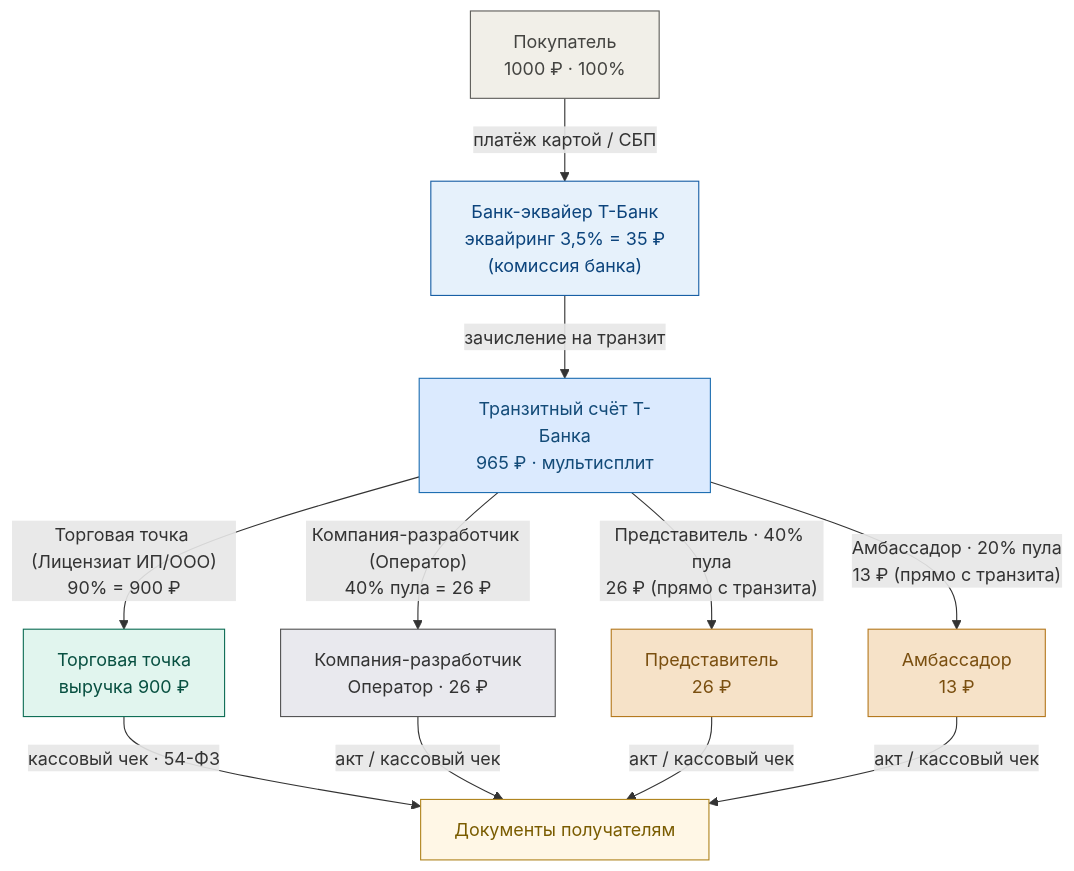
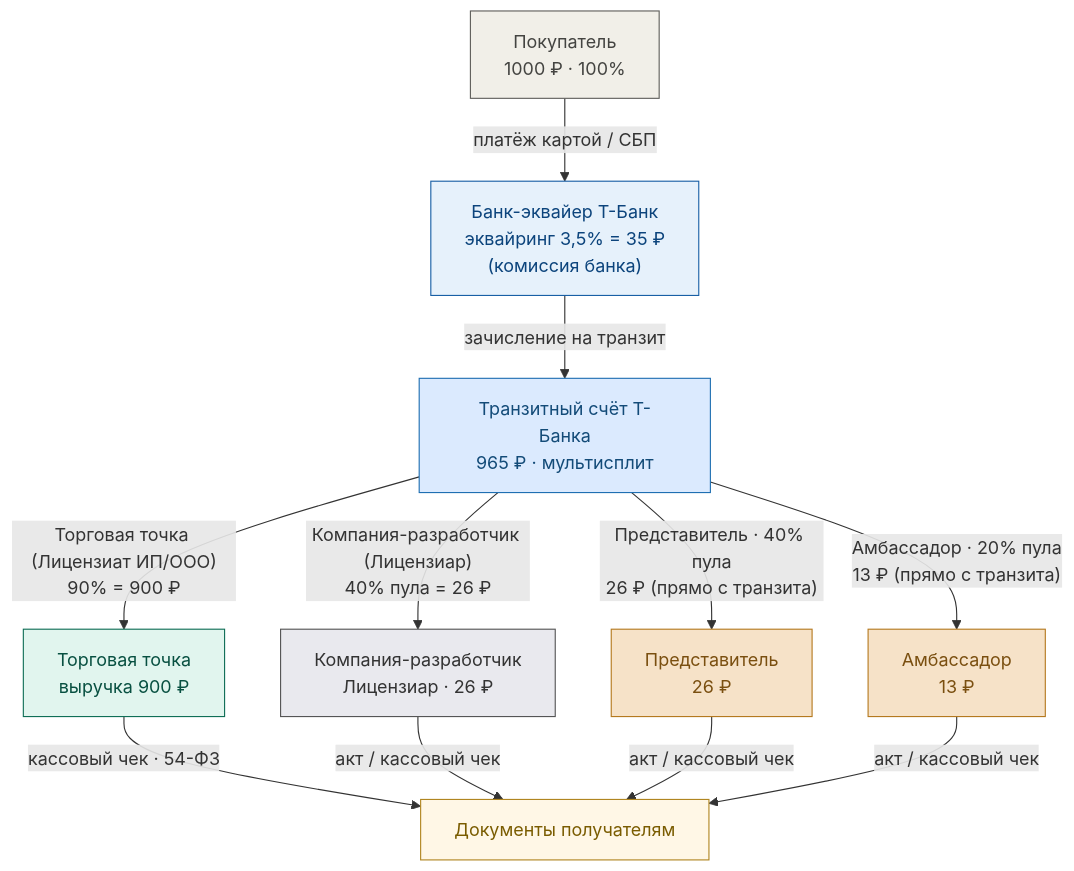
One commit to axiiom-ru/lovii changed the first of 4 diagrams in docs/money_flow_dev_operator.md. Above: the diagram before and after it, drawn with Mermaid. The commit also changed other lines of this file, not shown here.

Commit message:
docs: тарифы (Карта/СБП/T-Pay) и Лицензиар вместо Оператора

````diff
--- a/docs/money_flow_dev_operator.md
+++ b/docs/money_flow_dev_operator.md
@@ -8,29 +11,29 @@
 ```mermaid
 flowchart TD
     P["Покупатель<br/>1000 ₽ · 100%"] -->|"платёж картой / СБП"| B["Банк-эквайер Т-Банк<br/>эквайринг 3,5% = 35 ₽<br/>(комиссия банка)"]
     B -->|"зачисление на транзит"| T["Транзитный счёт Т-Банка<br/>965 ₽ · мультисплит"]
     T -->|"Торговая точка (Лицензиат ИП/ООО)<br/>90% = 900 ₽"| S["Торговая точка<br/>выручка 900 ₽"]
-    T -->|"Компания-разработчик (Оператор)<br/>40% пула = 26 ₽"| C["Компания-разработчик<br/>Оператор · 26 ₽"]
+    T -->|"Компания-разработчик (Лицензиар)<br/>40% пула = 26 ₽"| C["Компания-разработчик<br/>Лицензиар · 26 ₽"]
     T -->|"Представитель · 40% пула<br/>26 ₽ (прямо с транзита)"| R["Представитель<br/>26 ₽"]
     T -->|"Амбассадор · 20% пула<br/>13 ₽ (прямо с транзита)"| A["Амбассадор<br/>13 ₽"]
     S -->|"кассовый чек · 54-ФЗ"| DOC["Документы получателям"]
     C -->|"акт / кассовый чек"| DOC
     R -->|"акт / кассовый чек"| DOC
     A -->|"акт / кассовый чек"| DOC
 
     classDef buyer fill:#f1efe8,stroke:#5f5e5a,color:#444441;
     classDef bank fill:#e6f1fb,stroke:#185fa5,color:#0c447c;
     classDef transit fill:#dbeafe,stroke:#1f6fb2,color:#134b78;
     classDef shop fill:#e1f5ee,stroke:#0f6e56,color:#085041;
     classDef dev fill:#e9e9ee,stroke:#555,color:#333;
     classDef rep fill:#f6e2c8,stroke:#b5791f,color:#7a4f10;
     classDef doc fill:#fff7e6,stroke:#b08520,color:#7a5c00;
     class P buyer;
     class B bank;
     class T transit;
     class S shop;
     class C dev;
     class R rep;
     class A rep;
     class DOC doc;
 ```
````
